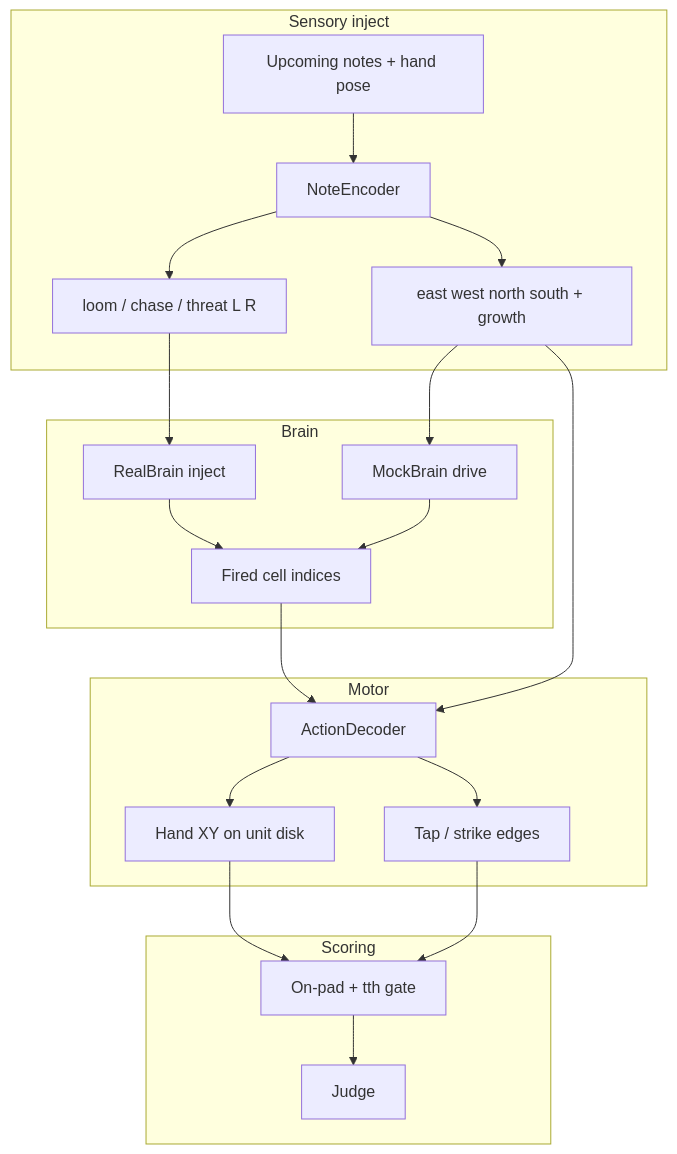
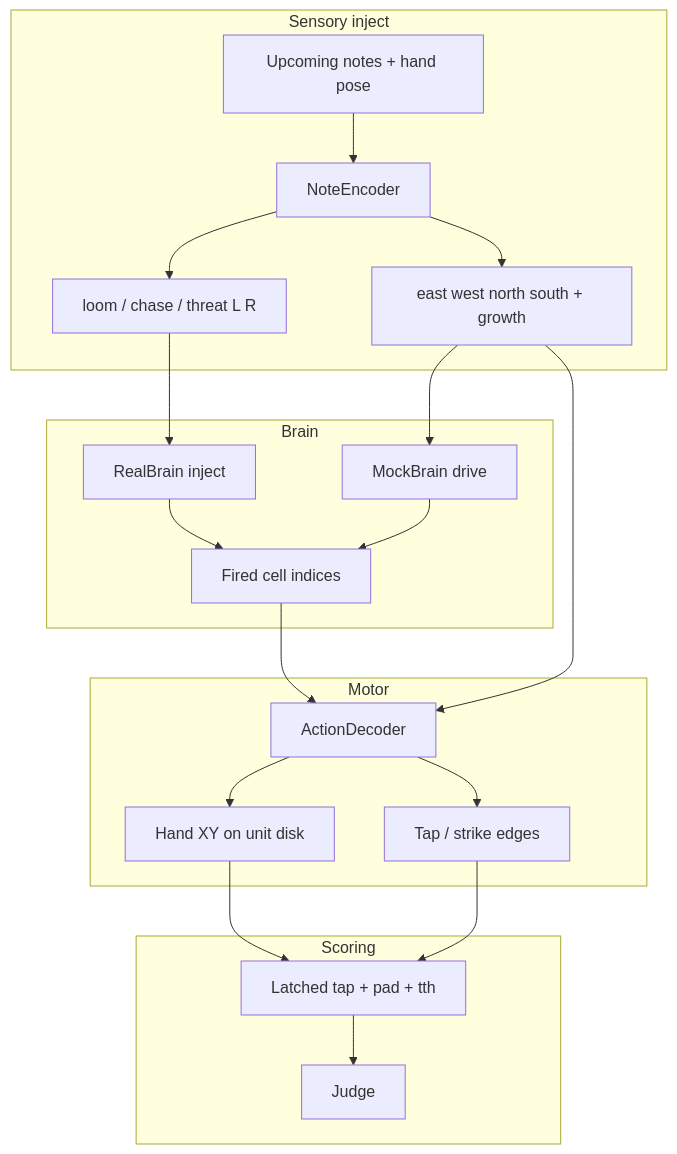
One commit to kangwijen/fly-rg changed the fourth of 6 diagrams in README.md. Above: the diagram before and after it, drawn with Mermaid. The commit also changed other lines of this file and 2 other files, not shown here.

````diff
--- a/README.md
+++ b/README.md
@@ -120,40 +123,40 @@
 ```mermaid
 flowchart TB
   subgraph sense [Sensory inject]
     notes[Upcoming notes + hand pose]
     enc[NoteEncoder]
     vis[loom / chase / threat L R]
     mot[east west north south + growth]
     notes --> enc
     enc --> vis
     enc --> mot
   end
 
   subgraph cns [Brain]
     real[RealBrain inject]
     mock[MockBrain drive]
     spikes[Fired cell indices]
     vis --> real
     mot --> mock
     real --> spikes
     mock --> spikes
   end
 
   subgraph motor [Motor]
     dec[ActionDecoder]
     hands[Hand XY on unit disk]
     tap[Tap / strike edges]
     spikes --> dec
     mot --> dec
     dec --> hands
     dec --> tap
   end
 
   subgraph score [Scoring]
-    gate[On-pad + tth gate]
+    gate[Latched tap + pad + tth]
     j[Judge]
     hands --> gate
     tap --> gate
     gate --> j
   end
 ```
````
